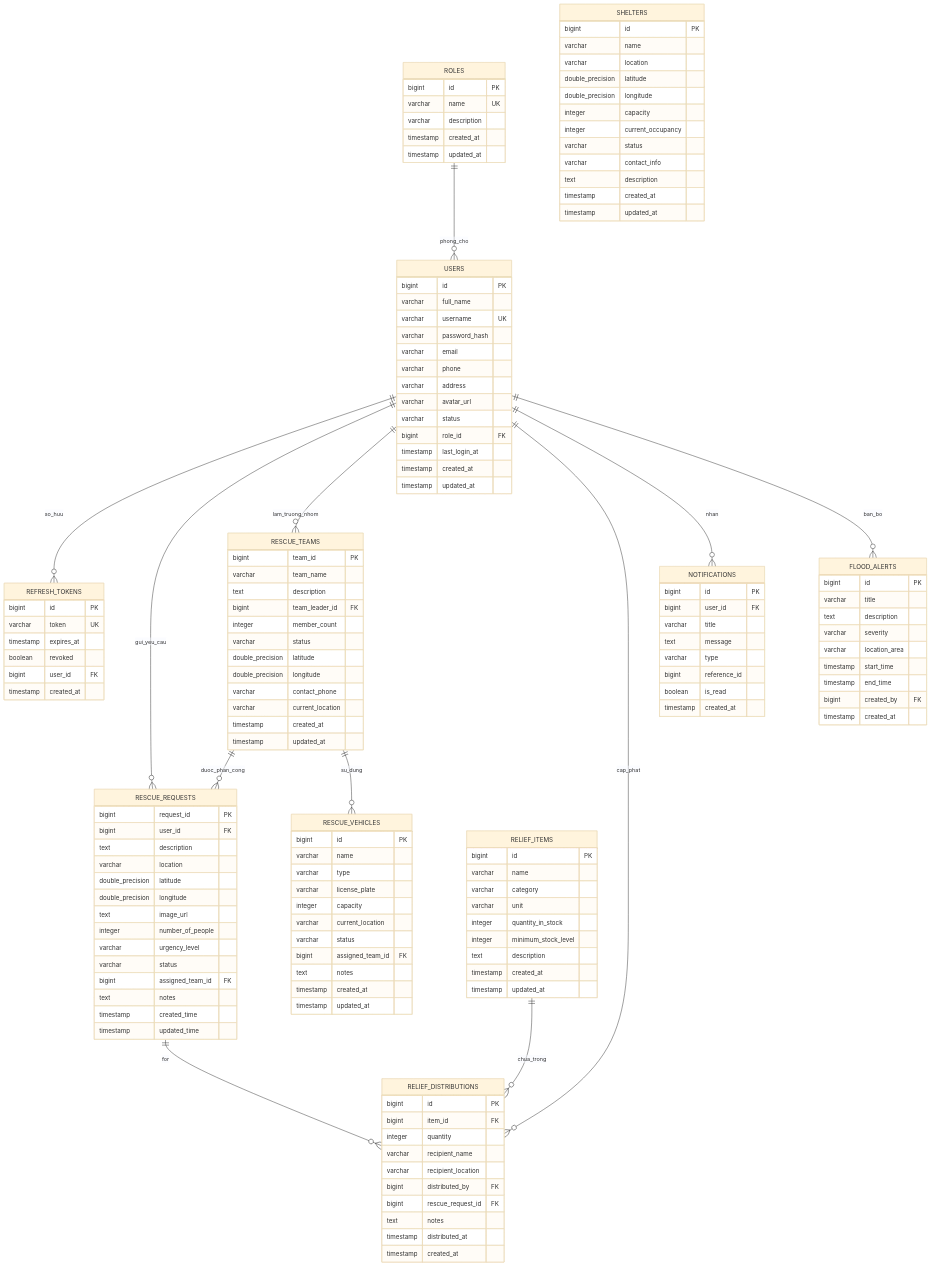
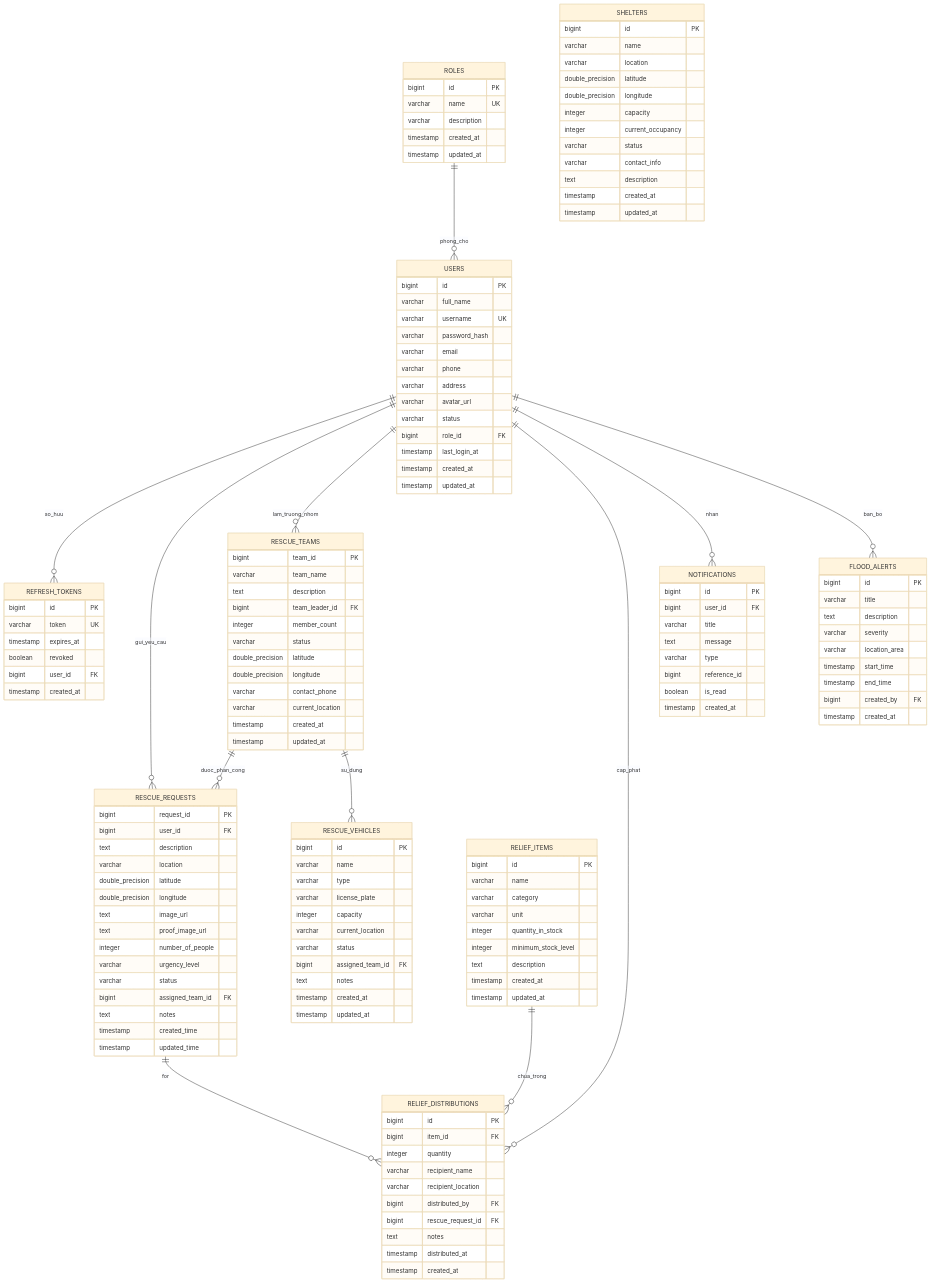
Before and after one commit to hnam06-rmxt/Flood_Rescue_Coordination_and_Relief_Management_System: the second of 8 diagrams in DESIGN.md, drawn with Mermaid (base theme). The commit also changed other lines of this file and 33 other files, not shown here.

```diff
--- a/DESIGN.md
+++ b/DESIGN.md
@@ -119,6 +119,7 @@
         double_precision latitude
         double_precision longitude
         text image_url
+        text proof_image_url
         integer number_of_people
         varchar urgency_level
         varchar status
```
